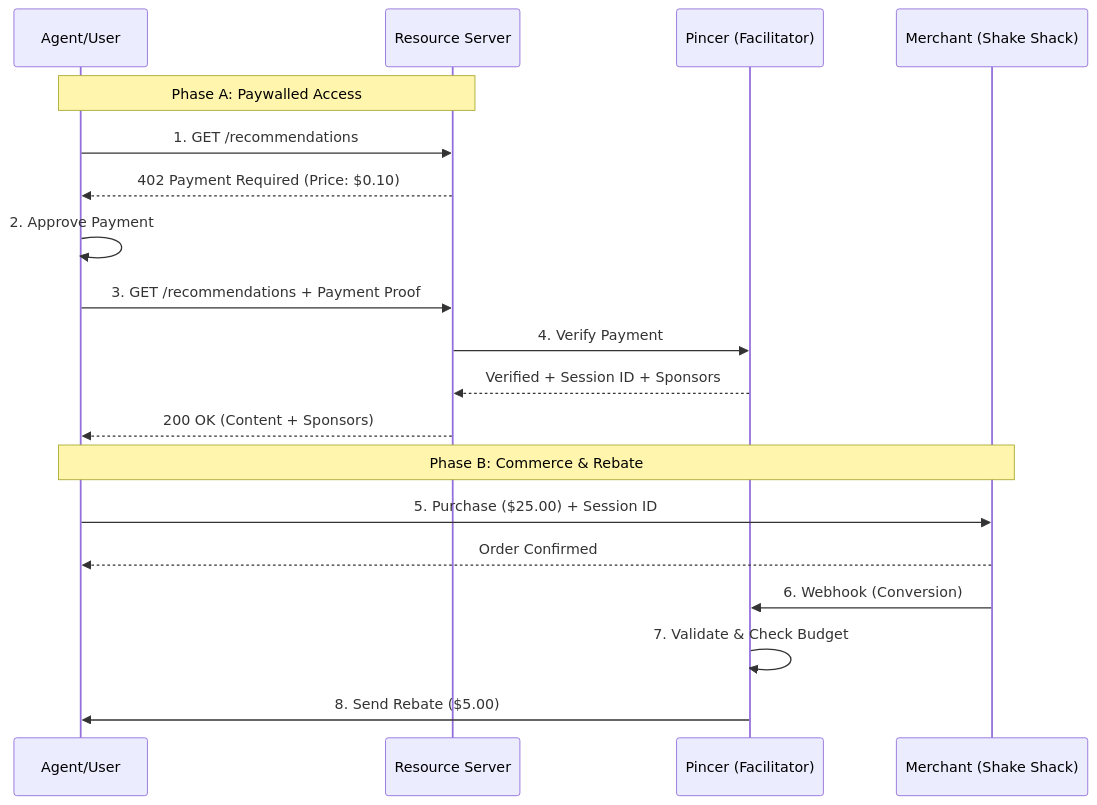
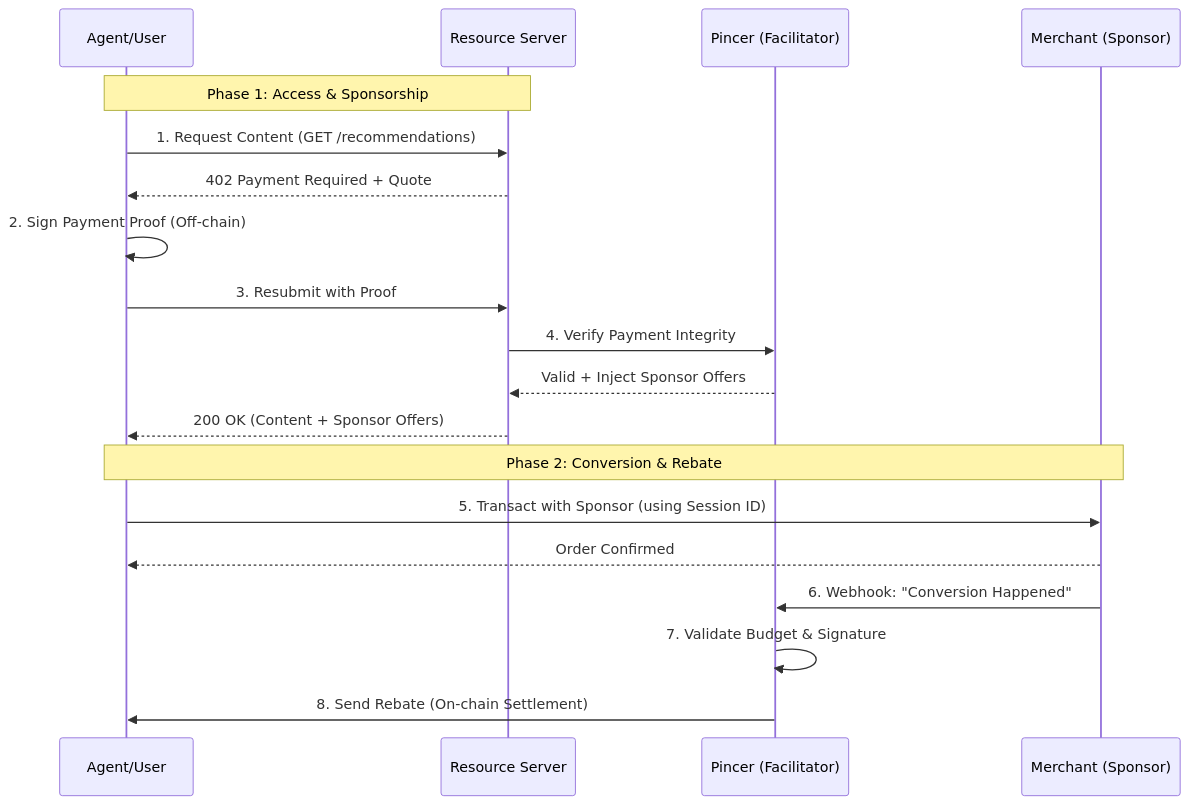
One commit to pincerclaw/pincer-x402-starter changed the diagram in README.md. Above: the diagram before and after it, drawn with Mermaid. The commit also changed other lines of this file and 7 other files, not shown here.

Commit message:
docs: Revamp README with a quick start guide and architectural flow, and refactor module imports for clarity.

````diff
--- a/README.md
+++ b/README.md
@@ -17,27 +81,27 @@
 ```mermaid
 sequenceDiagram
     participant User as Agent/User
     participant Resource as Resource Server
     participant Pincer as Pincer (Facilitator)
-    participant Merchant as Merchant (Shake Shack)
+    participant Merchant as Merchant (Sponsor)
 
-    Note over User, Resource: Phase A: Paywalled Access
-    User->>Resource: 1. GET /recommendations
-    Resource-->>User: 402 Payment Required (Price: $0.10)
+    Note over User, Resource: Phase 1: Access & Sponsorship
+    User->>Resource: 1. Request Content (GET /recommendations)
+    Resource-->>User: 402 Payment Required + Quote
 
-    User->>User: 2. Approve Payment
-    User->>Resource: 3. GET /recommendations + Payment Proof
+    User->>User: 2. Sign Payment Proof (Off-chain)
+    User->>Resource: 3. Resubmit with Proof
 
-    Resource->>Pincer: 4. Verify Payment
-    Pincer-->>Resource: Verified + Session ID + Sponsors
+    Resource->>Pincer: 4. Verify Payment Integrity
+    Pincer-->>Resource: Valid + Inject Sponsor Offers
 
-    Resource-->>User: 200 OK (Content + Sponsors)
+    Resource-->>User: 200 OK (Content + Sponsor Offers)
 
-    Note over User, Merchant: Phase B: Commerce & Rebate
-    User->>Merchant: 5. Purchase ($25.00) + Session ID
+    Note over User, Merchant: Phase 2: Conversion & Rebate
+    User->>Merchant: 5. Transact with Sponsor (using Session ID)
     Merchant-->>User: Order Confirmed
 
-    Merchant->>Pincer: 6. Webhook (Conversion)
-    Pincer->>Pincer: 7. Validate & Check Budget
-    Pincer->>User: 8. Send Rebate ($5.00)
+    Merchant->>Pincer: 6. Webhook: "Conversion Happened"
+    Pincer->>Pincer: 7. Validate Budget & Signature
+    Pincer->>User: 8. Send Rebate (On-chain Settlement)
 ```
````
